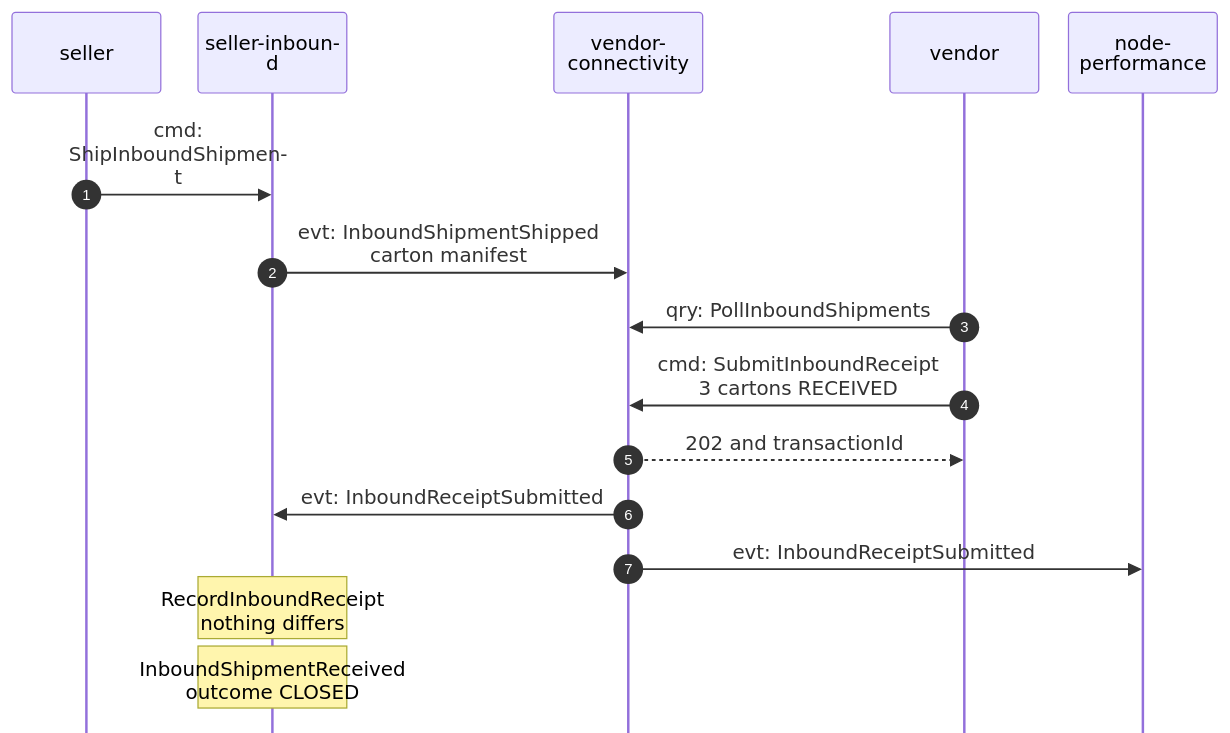
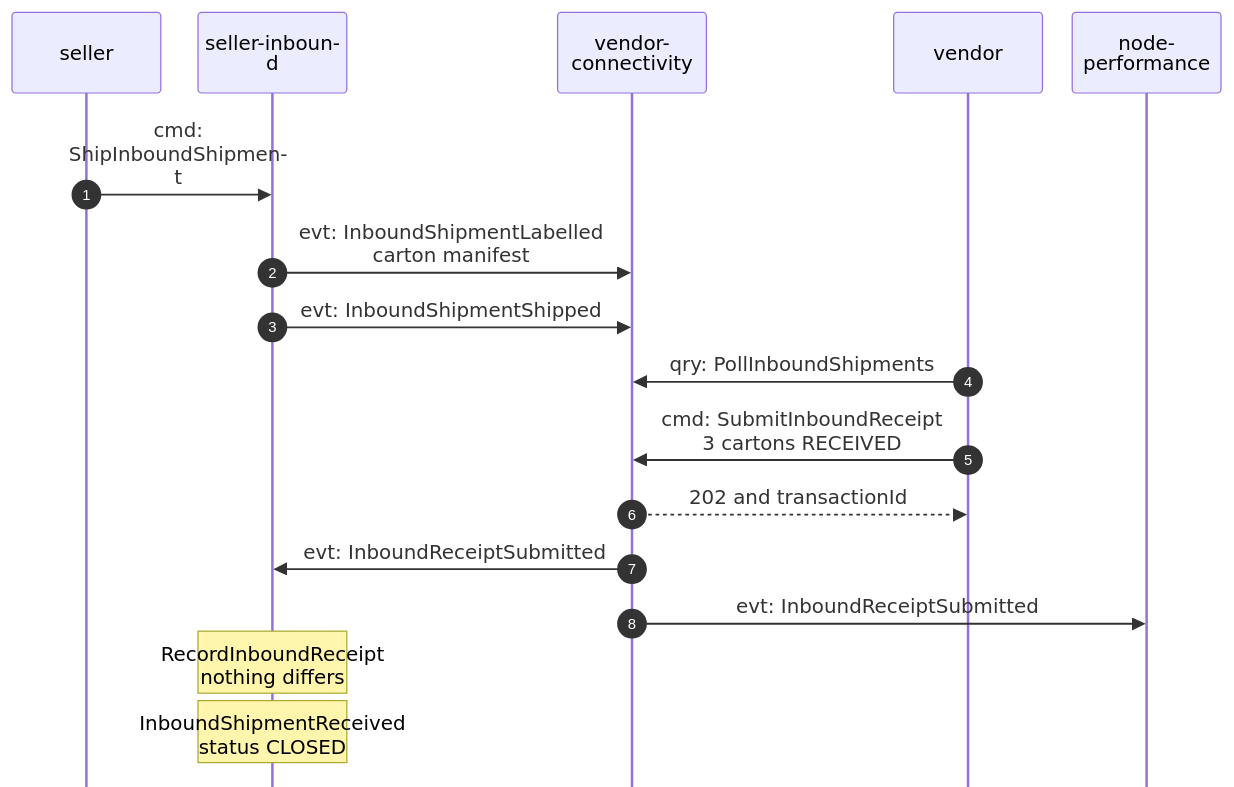
The second of 4 diagrams in network/docs/contexts/seller-inbound/domain-message-flow.md (IQVO/warehouse-docs), drawn with Mermaid before and after one commit. The commit also changed 23 other files, not shown here.

Commit message:
docs(network): align seller-inbound pages, ADR 0009, gaps and Vendor API schema with contracts section 10

````diff
--- a/network/docs/contexts/seller-inbound/domain-message-flow.md
+++ b/network/docs/contexts/seller-inbound/domain-message-flow.md
@@ -44,19 +44,20 @@
 ```mermaid
 %%{init: {"sequence": {"wrap": true, "width": 120, "actorMargin": 24, "messageMargin": 28, "boxMargin": 6, "noteMargin": 6, "mirrorActors": false}}}%%
 sequenceDiagram
     autonumber
     participant S as seller
     participant SI as seller-inbound
     participant VC as vendor-<br/>connectivity
     participant V as vendor
     participant NP as node-<br/>performance
     S->>SI: cmd: ShipInboundShipment
-    SI->>VC: evt: InboundShipmentShipped<br/>carton manifest
+    SI->>VC: evt: InboundShipmentLabelled<br/>carton manifest
+    SI->>VC: evt: InboundShipmentShipped
     V->>VC: qry: PollInboundShipments
     V->>VC: cmd: SubmitInboundReceipt<br/>3 cartons RECEIVED
     VC-->>V: 202 and transactionId
     VC->>SI: evt: InboundReceiptSubmitted
     VC->>NP: evt: InboundReceiptSubmitted
     Note over SI: RecordInboundReceipt<br/>nothing differs
-    Note over SI: InboundShipmentReceived<br/>outcome CLOSED
+    Note over SI: InboundShipmentReceived<br/>status CLOSED
 ```
````
